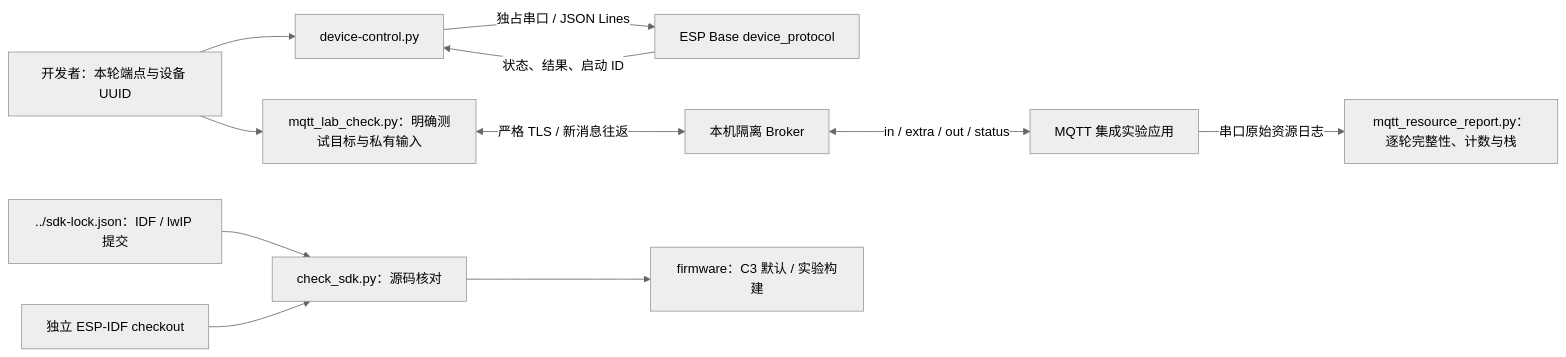
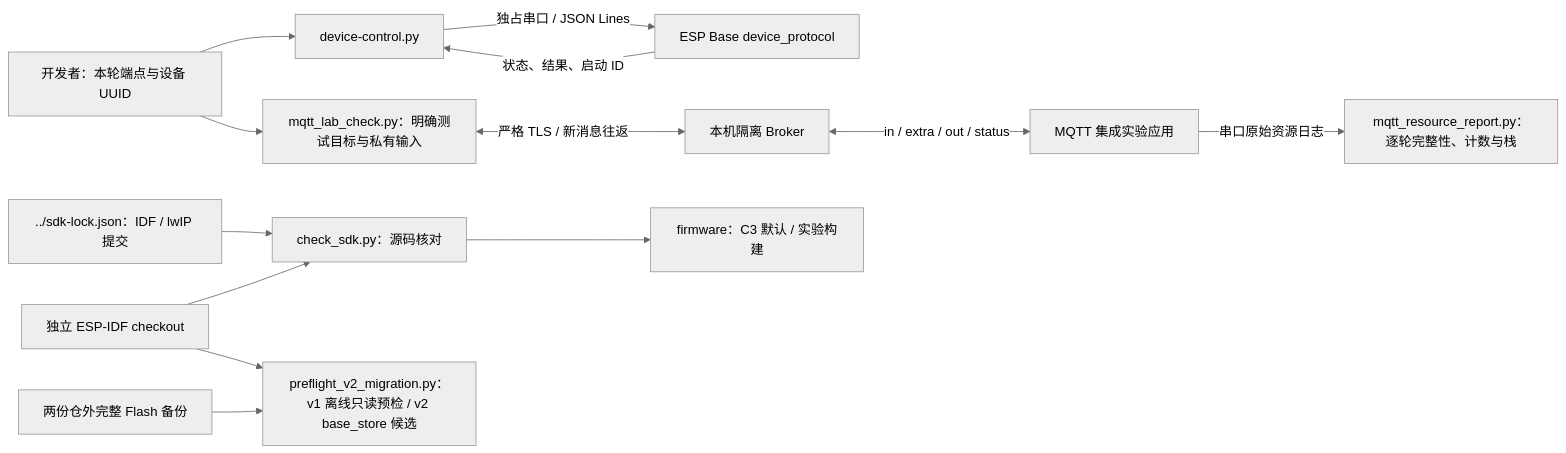
The diagram in tools/README.md (darren-you/esp-base), drawn with Mermaid (neutral theme) before and after one commit. The commit also changed other lines of this file and 3 other files, not shown here.

````diff
--- a/tools/README.md
+++ b/tools/README.md
@@ -7,13 +7,15 @@
 ```mermaid
 flowchart LR
     user["开发者：本轮端点与设备 UUID"] --> cli["device-control.py"]
     cli -->|"独占串口 / JSON Lines"| firmware["ESP Base device_protocol"]
     firmware -->|"状态、结果、启动 ID"| cli
     user --> checker["mqtt_lab_check.py：明确测试目标与私有输入"]
     checker <-->|"严格 TLS / 新消息往返"| broker["本机隔离 Broker"]
     broker <-->|"in / extra / out / status"| lab["MQTT 集成实验应用"]
     lab -->|"串口原始资源日志"| report["mqtt_resource_report.py：逐轮完整性、计数与栈"]
     sdk_lock["../sdk-lock.json：IDF / lwIP 提交"] --> sdk_check["check_sdk.py：源码核对"]
     idf["独立 ESP-IDF checkout"] --> sdk_check
     sdk_check --> build["firmware：C3 默认 / 实验构建"]
+    backup["两份仓外完整 Flash 备份"] --> preflight["preflight_v2_migration.py：v1 离线只读预检 / v2 base_store 候选"]
+    idf --> preflight
 ```
````
